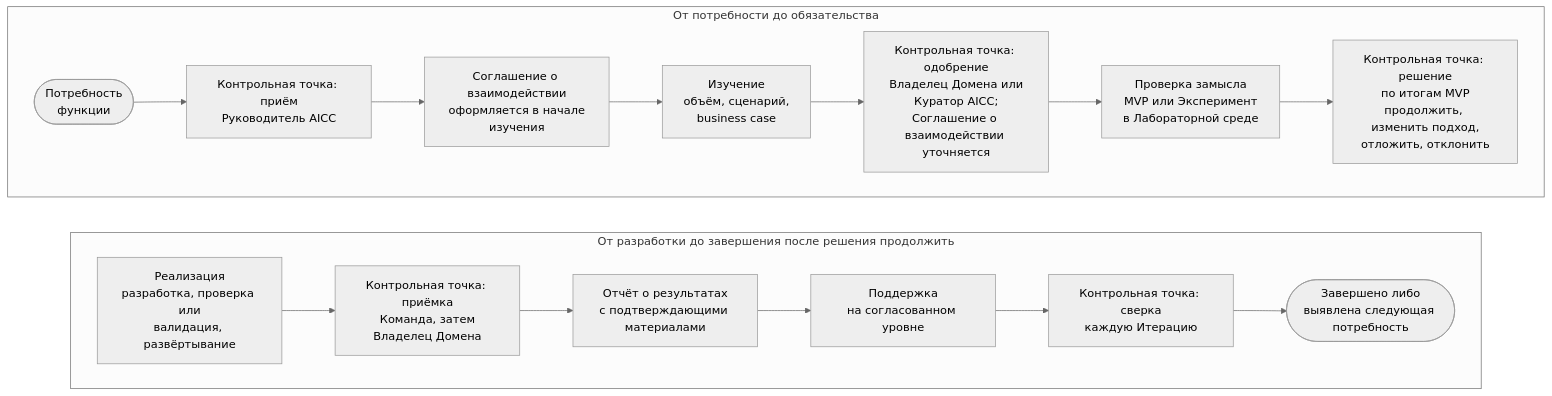
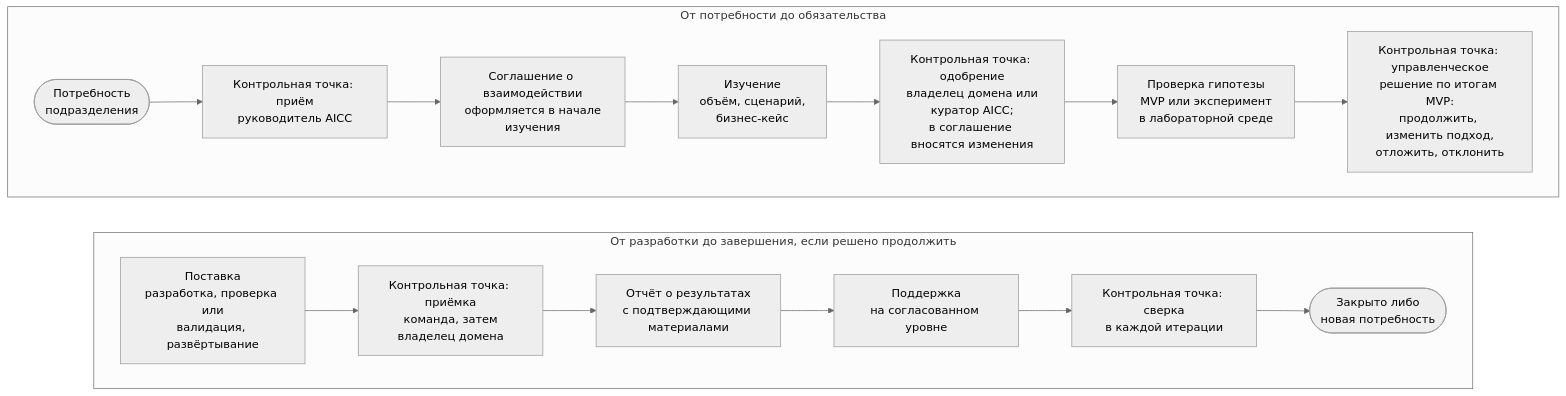
The diagram in portal/content/ru/about/how-we-work.md (devhogu/ob-aicc), drawn with Mermaid (neutral theme) before and after one commit. The commit also changed other lines of this file and 18 other files, not shown here.

````diff
--- a/portal/content/ru/about/how-we-work.md
+++ b/portal/content/ru/about/how-we-work.md
@@ -15,21 +15,21 @@
 ```mermaid
 flowchart TB
   subgraph ROW1["От потребности до обязательства"]
     direction LR
-    C(["Потребность<br/>функции"]) --> G1["Контрольная точка: приём<br/>Руководитель AICC"]
+    C(["Потребность<br/>подразделения"]) --> G1["Контрольная точка: приём<br/>руководитель AICC"]
     G1 --> SA["Соглашение о взаимодействии<br/>оформляется в начале<br/>изучения"]
-    SA --> ST["Изучение<br/>объём, сценарий,<br/>business case"]
-    ST --> G2["Контрольная точка: одобрение<br/>Владелец Домена или<br/>Куратор AICC;<br/>Соглашение о взаимодействии уточняется"]
-    G2 --> MV["Проверка замысла<br/>MVP или Эксперимент<br/>в Лабораторной среде"]
-    MV --> G3["Контрольная точка: решение<br/>по итогам MVP<br/>продолжить, изменить подход,<br/>отложить, отклонить"]
+    SA --> ST["Изучение<br/>объём, сценарий,<br/>бизнес-кейс"]
+    ST --> G2["Контрольная точка: одобрение<br/>владелец домена или<br/>куратор AICC;<br/>в соглашение вносятся изменения"]
+    G2 --> MV["Проверка гипотезы<br/>MVP или эксперимент<br/>в лабораторной среде"]
+    MV --> G3["Контрольная точка: управленческое<br/>решение по итогам MVP:<br/>продолжить, изменить подход,<br/>отложить, отклонить"]
   end
-  subgraph ROW2["От разработки до завершения после решения продолжить"]
+  subgraph ROW2["От разработки до завершения, если решено продолжить"]
     direction LR
-    DL["Реализация<br/>разработка, проверка или<br/>валидация, развёртывание"] --> G4["Контрольная точка: приёмка<br/>Команда, затем<br/>Владелец Домена"]
+    DL["Поставка<br/>разработка, проверка или<br/>валидация, развёртывание"] --> G4["Контрольная точка: приёмка<br/>команда, затем<br/>владелец домена"]
     G4 --> OR["Отчёт о результатах<br/>с подтверждающими материалами"]
     OR --> SP["Поддержка<br/>на согласованном уровне"]
-    SP --> G5["Контрольная точка: сверка<br/>каждую Итерацию"]
-    G5 --> E(["Завершено либо<br/>выявлена следующая потребность"])
+    SP --> G5["Контрольная точка: сверка<br/>в каждой итерации"]
+    G5 --> E(["Закрыто либо<br/>новая потребность"])
   end
   ROW1 ~~~ ROW2
 ```
````
